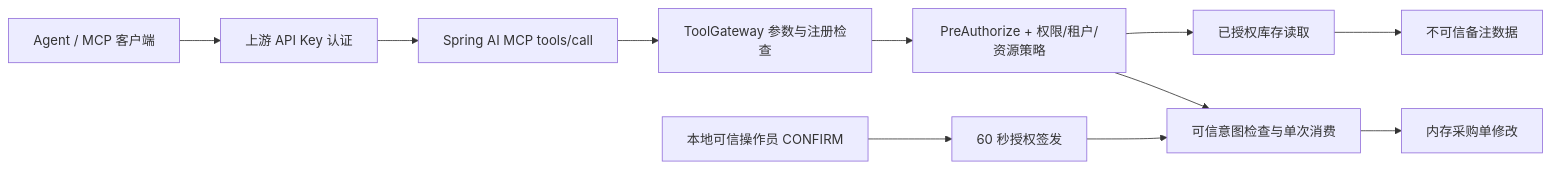
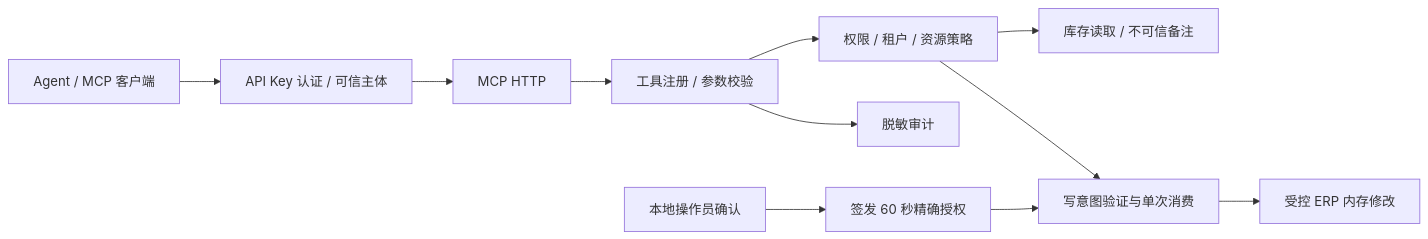
The diagram in README.md (qianmu233/agent-security-gateway), drawn with Mermaid before and after one commit. The commit also changed other lines of this file and 1 other file, not shown here.

````diff
--- a/README.md
+++ b/README.md
@@ -39,13 +24,13 @@
 ```mermaid
 flowchart LR
-    Agent[Agent / MCP 客户端] --> Auth[上游 API Key 认证]
-    Auth --> MCP[Spring AI MCP tools/call]
-    MCP --> Gateway[ToolGateway 参数与注册检查]
-    Gateway --> Policy[PreAuthorize + 权限/租户/资源策略]
-    Policy --> Read[已授权库存读取]
-    Read --> Data[不可信备注数据]
-    Policy --> Intent[可信意图检查与单次消费]
-    Operator[本地可信操作员 CONFIRM] --> Grant[60 秒授权签发]
-    Grant --> Intent
-    Intent --> Write[内存采购单修改]
+    CLIENT[Agent / MCP 客户端] --> AUTH[API Key 认证 / 可信主体]
+    AUTH --> MCP[MCP HTTP]
+    MCP --> GATEWAY[工具注册 / 参数校验]
+    GATEWAY --> POLICY[权限 / 租户 / 资源策略]
+    POLICY --> READ[库存读取 / 不可信备注]
+    POLICY --> INTENT[写意图验证与单次消费]
+    OPERATOR[本地操作员确认] --> GRANT[签发 60 秒精确授权]
+    GRANT --> INTENT
+    INTENT --> WRITE[受控 ERP 内存修改]
+    GATEWAY --> AUDIT[脱敏审计]
 ```
````
